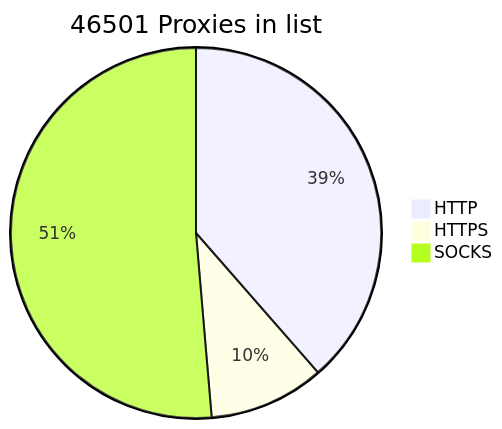
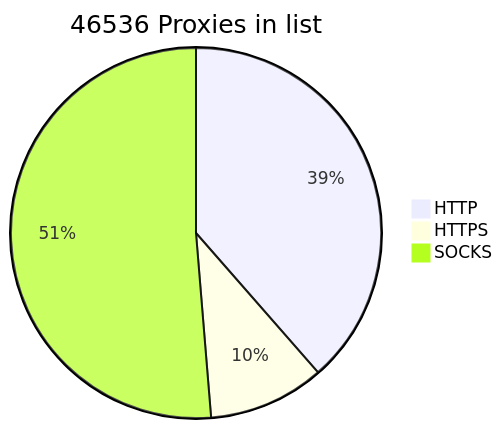
One commit to BlackSnowDot/proxylist-update-every-minute changed the diagram in README.md. Above: the diagram before and after it, drawn with Mermaid.

````diff
--- a/README.md
+++ b/README.md
@@ -2,6 +2,6 @@
 ```mermaid
-pie title 46501 Proxies in list
-    "HTTP" : 19669
-    "HTTPS": 5142
+pie title 46536 Proxies in list
+    "HTTP" : 19683
+    "HTTPS": 5178
     "SOCKS" : 26191
 ```
````
